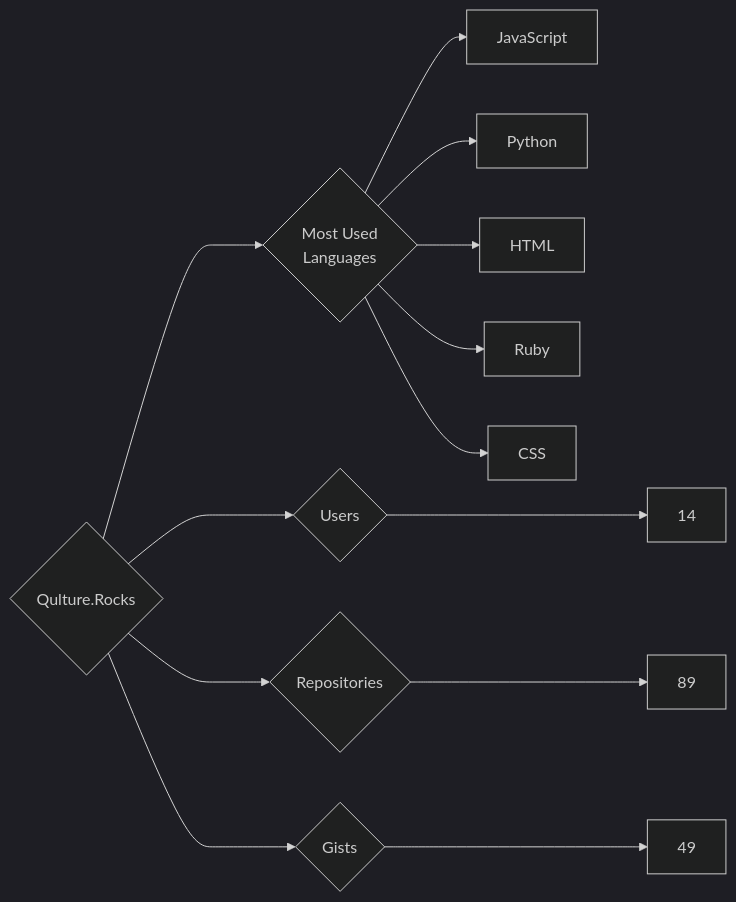
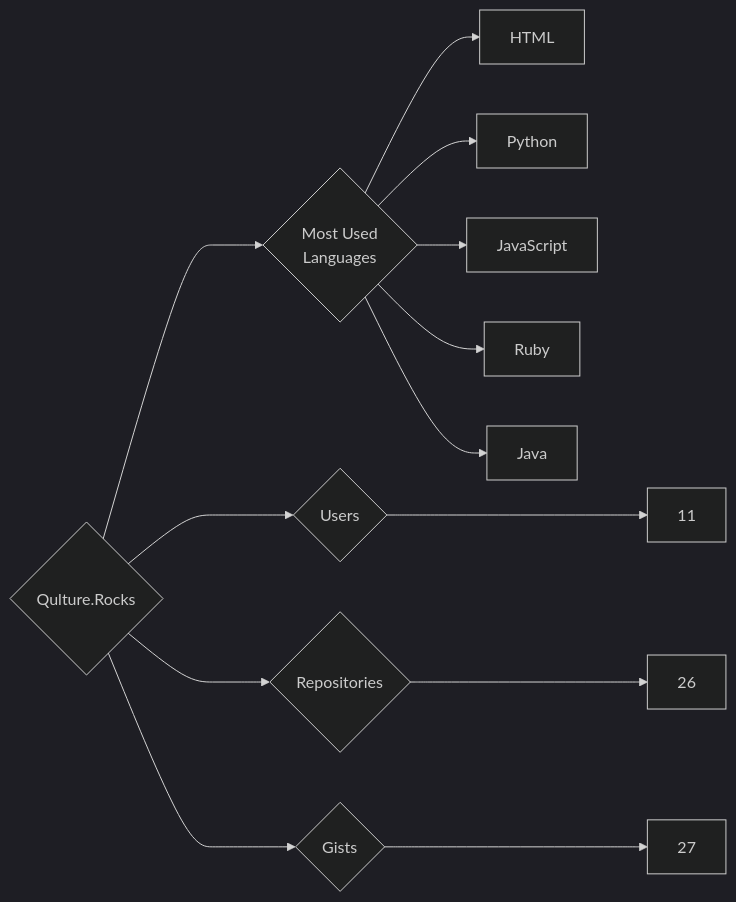
Before and after one commit to trickest/insiders: the diagram in targets/Qulture.Rocks/README.md, drawn with Mermaid (dark theme). The commit also changed 920 other files, not shown here.

````diff
--- a/targets/Qulture.Rocks/README.md
+++ b/targets/Qulture.Rocks/README.md
@@ -3,13 +3,13 @@
 ```mermaid
 graph LR
 COMPANY_NAME{Qulture.Rocks}
-COMPANY_NAME ---> U{Users} ---> UN[14]
-COMPANY_NAME ---> R{Repositories} ---> RN[89]
-COMPANY_NAME ---> G{Gists} ---> GN[49]
+COMPANY_NAME ---> U{Users} ---> UN[11]
+COMPANY_NAME ---> R{Repositories} ---> RN[26]
+COMPANY_NAME ---> G{Gists} ---> GN[27]
 COMPANY_NAME ---> ML{Most Used<br>Languages}
+ML --> HTML[HTML]
+ML --> Python[Python]
 ML --> JavaScript[JavaScript]
-ML --> Python[Python]
-ML --> HTML[HTML]
 ML --> Ruby[Ruby]
-ML --> CSS[CSS]
+ML --> Java[Java]
 ```
````
